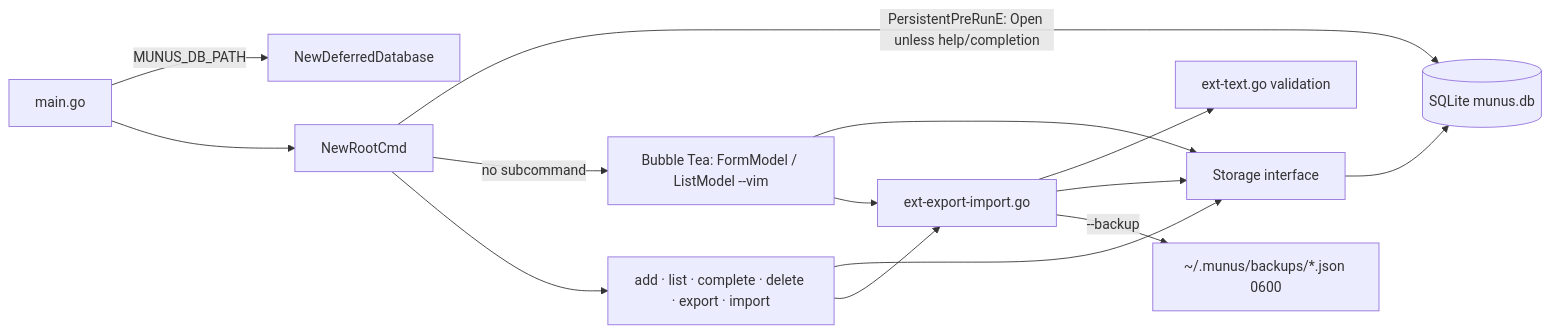
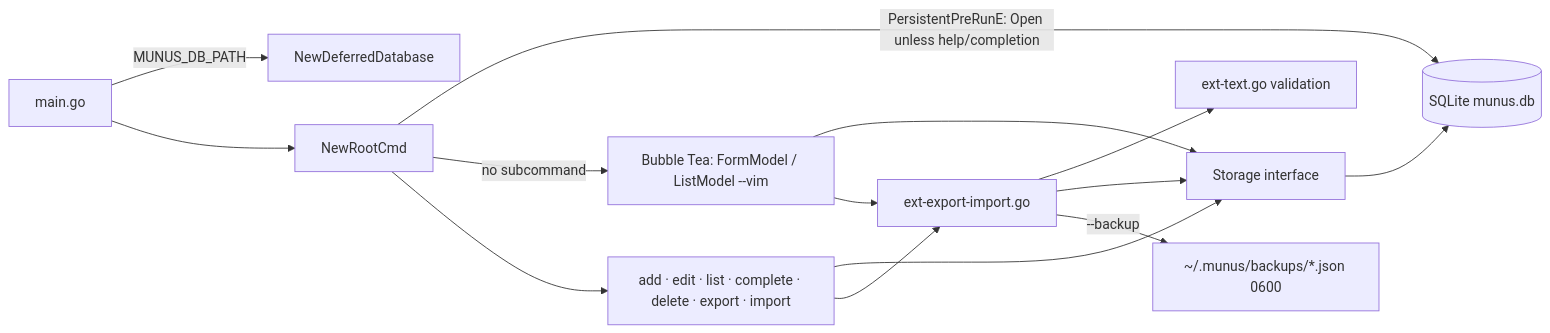
The first of 2 diagrams in intel/map.md (jabbott-iii/Munus), drawn with Mermaid before and after one commit. The commit also changed other lines of this file and 29 other files, not shown here.

````diff
--- a/intel/map.md
+++ b/intel/map.md
@@ -26,16 +26,16 @@
 ```mermaid
 flowchart LR
   main[main.go] -->|MUNUS_DB_PATH| deferred[NewDeferredDatabase]
   main --> root[NewRootCmd]
   root -->|PersistentPreRunE: Open unless help/completion| db[(SQLite munus.db)]
   root -->|no subcommand| tui[Bubble Tea: FormModel / ListModel --vim]
-  root --> cli[add · list · complete · delete · export · import]
+  root --> cli[add · edit · list · complete · delete · export · import]
   tui --> storage[Storage interface]
   cli --> storage
   cli --> xfer[ext-export-import.go]
   tui --> xfer
   xfer --> text[ext-text.go validation]
   xfer --> storage
   xfer -->|--backup| bk[~/.munus/backups/*.json 0600]
   storage --> db
 ```
````
